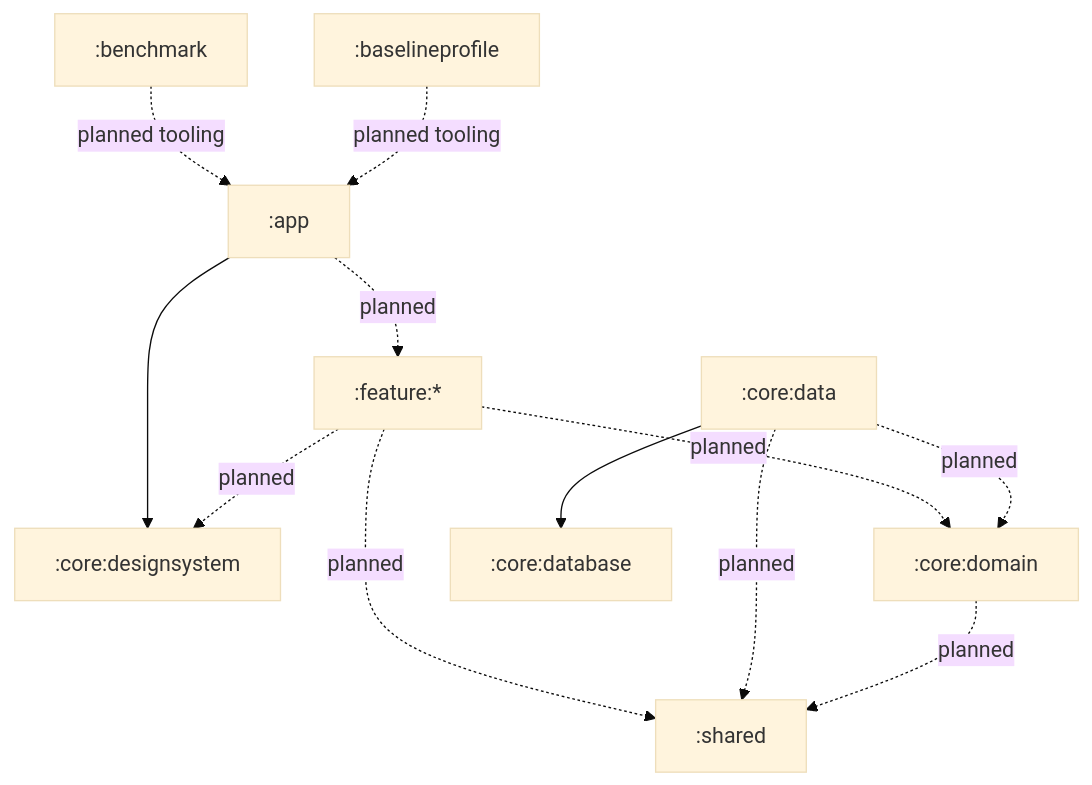
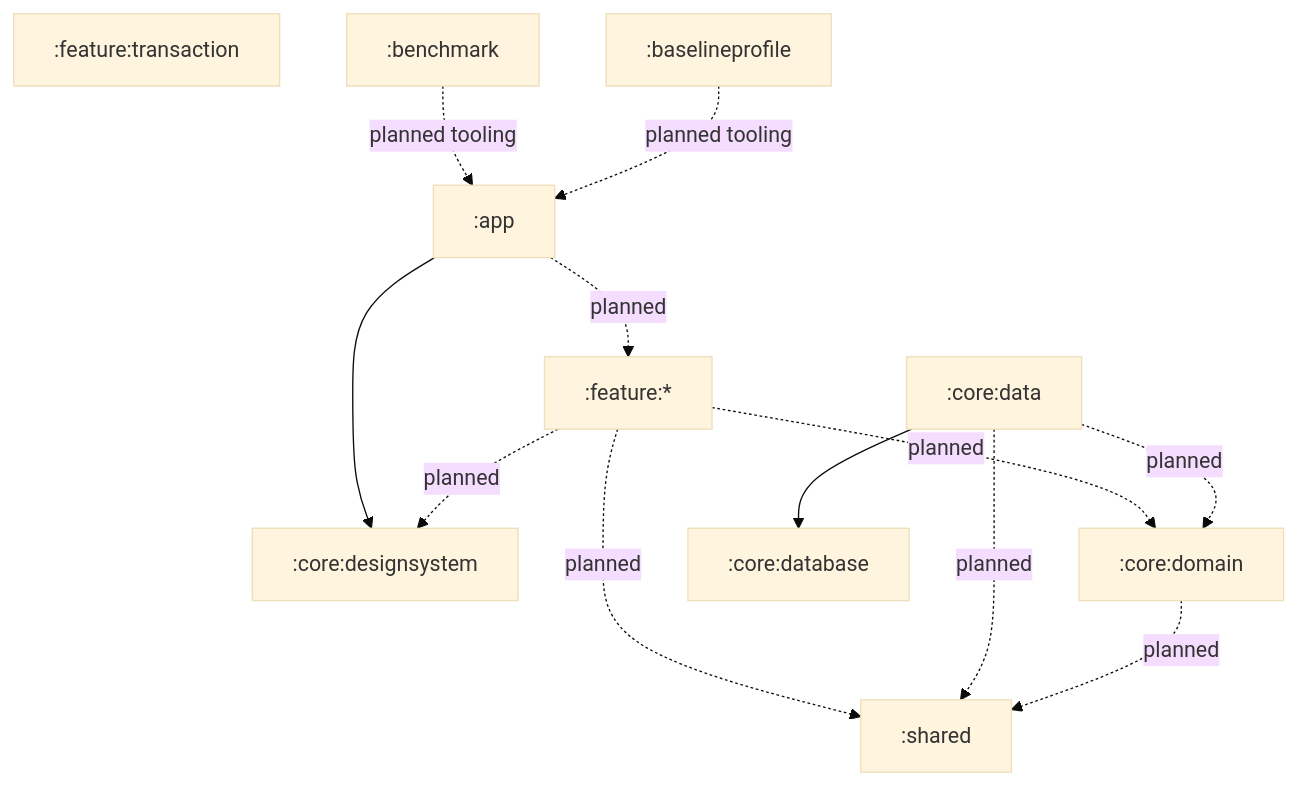
Before and after one commit to MojtabaGitUser/Pocket-Ledger: the diagram in docs/architecture.md, drawn with Mermaid (base theme). The commit also changed other lines of this file and 11 other files, not shown here.

````diff
--- a/docs/architecture.md
+++ b/docs/architecture.md
@@ -136,14 +142,15 @@
 ```mermaid
 flowchart TD
     app[":app"] --> designsystem[":core:designsystem"]
     app -. planned .-> feature[":feature:*"]
+    featureTransaction[":feature:transaction"]
     feature -. planned .-> designsystem
     feature -. planned .-> domain[":core:domain"]
     feature -. planned .-> shared[":shared"]
     data[":core:data"] -. planned .-> domain
     data --> database[":core:database"]
     data -. planned .-> shared
     domain -. planned .-> shared
     benchmark[":benchmark"] -. planned tooling .-> app
     baseline[":baselineprofile"] -. planned tooling .-> app
 ```
````
